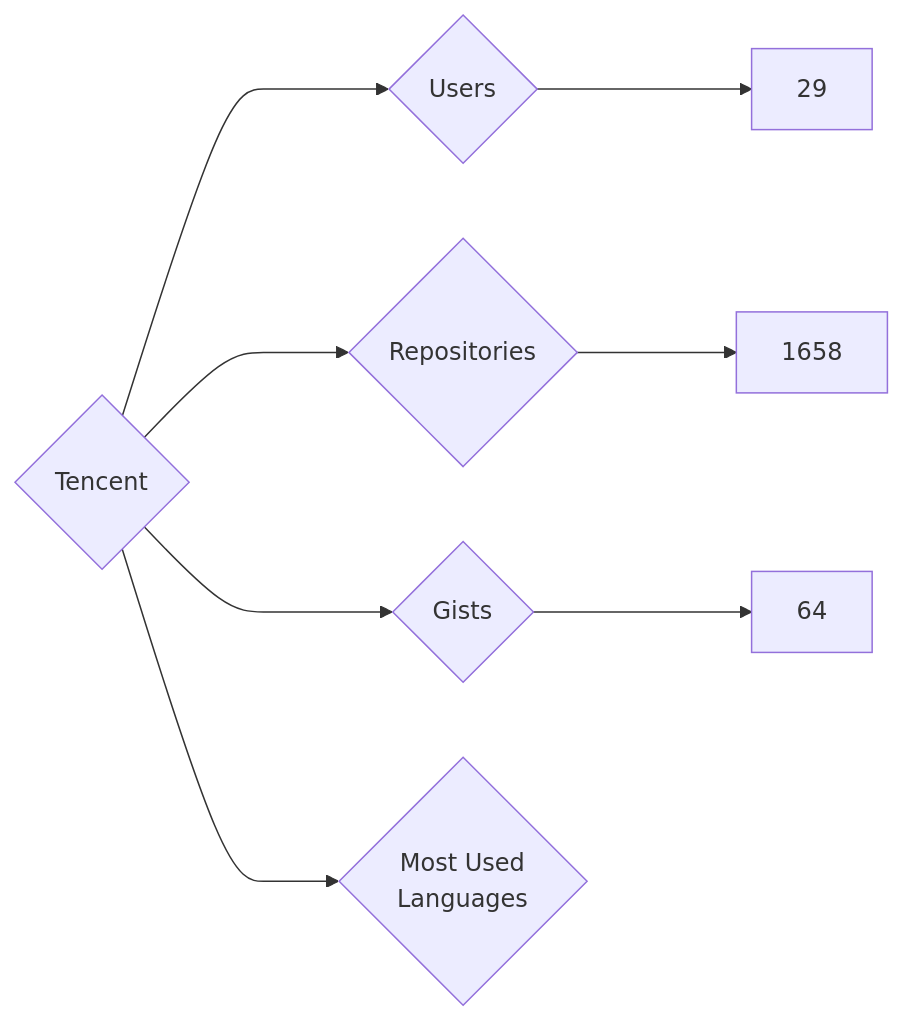
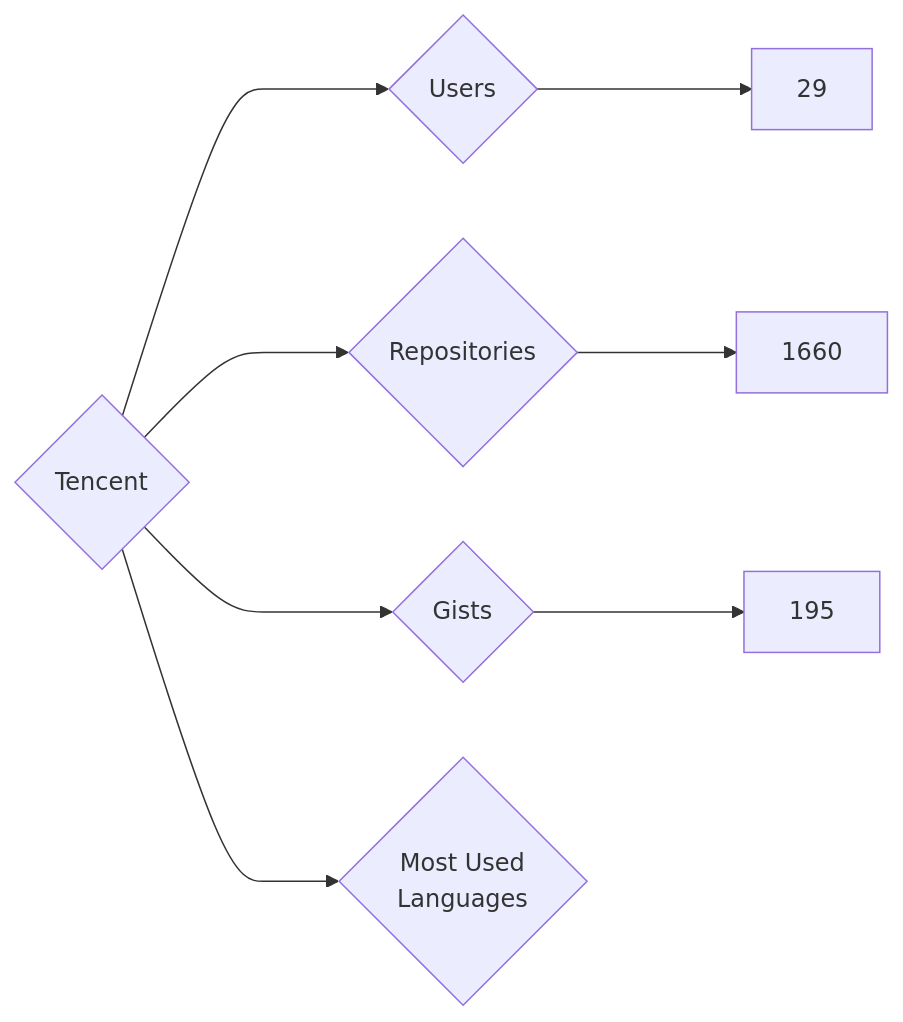
The diagram in targets/Tencent/README.md (nenadzaric/insiders), drawn with Mermaid before and after one commit. The commit also changed 1342 other files, not shown here.

````diff
--- a/targets/Tencent/README.md
+++ b/targets/Tencent/README.md
@@ -3,8 +3,8 @@
 ```mermaid
 graph LR
 COMPANY_NAME{Tencent}
 COMPANY_NAME ---> U{Users} ---> UN[29]
-COMPANY_NAME ---> R{Repositories} ---> RN[1658]
-COMPANY_NAME ---> G{Gists} ---> GN[64]
+COMPANY_NAME ---> R{Repositories} ---> RN[1660]
+COMPANY_NAME ---> G{Gists} ---> GN[195]
 COMPANY_NAME ---> ML{Most Used<br>Languages}
 ```
````
